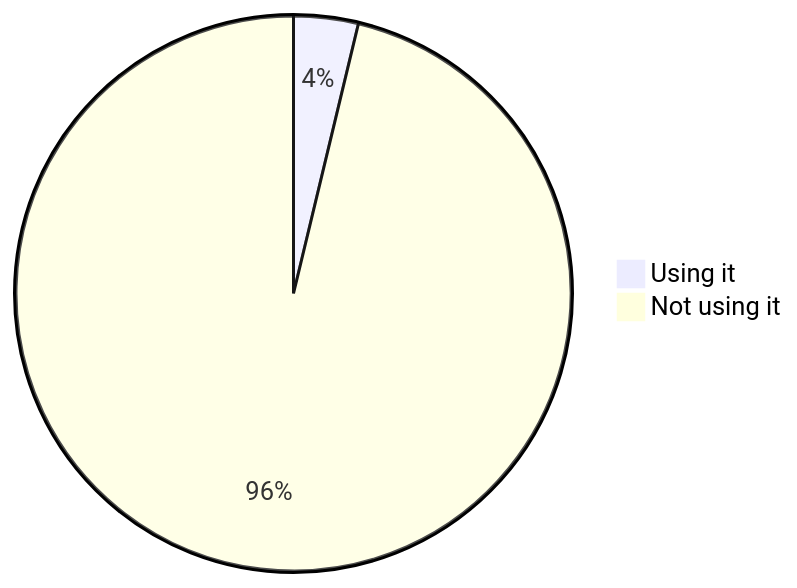
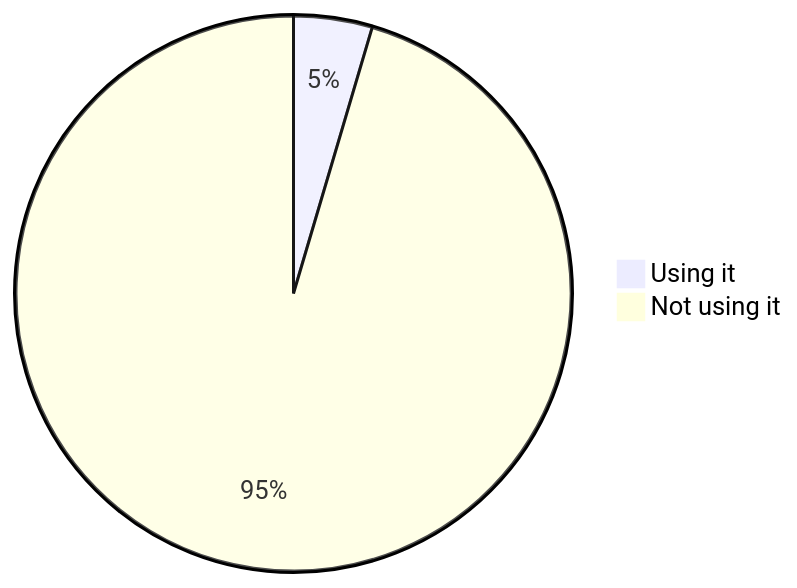
The seventh of 22 diagrams in stats.md (oshp/oshp-stats), drawn with Mermaid before and after one commit. The commit also changed other lines of this file, not shown here.

````diff
--- a/stats.md
+++ b/stats.md
@@ -82,6 +82,6 @@
 ```mermaid
 pie
-	"Using it" : 3.76
-	"Not using it" : 96.24
+	"Using it" : 4.58
+	"Not using it" : 95.42
 
 ```
````
